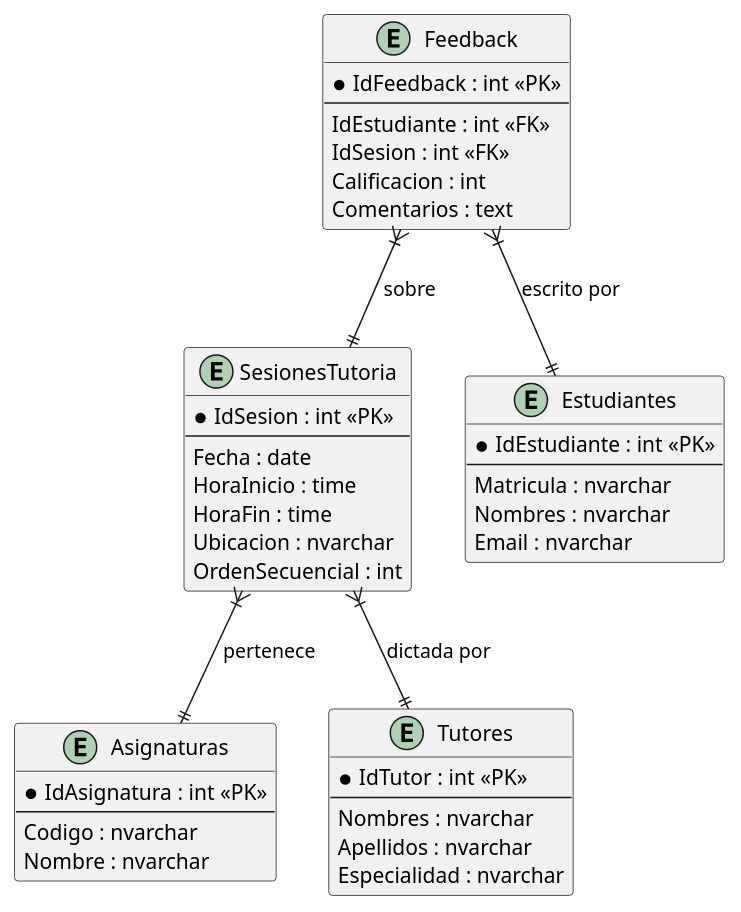
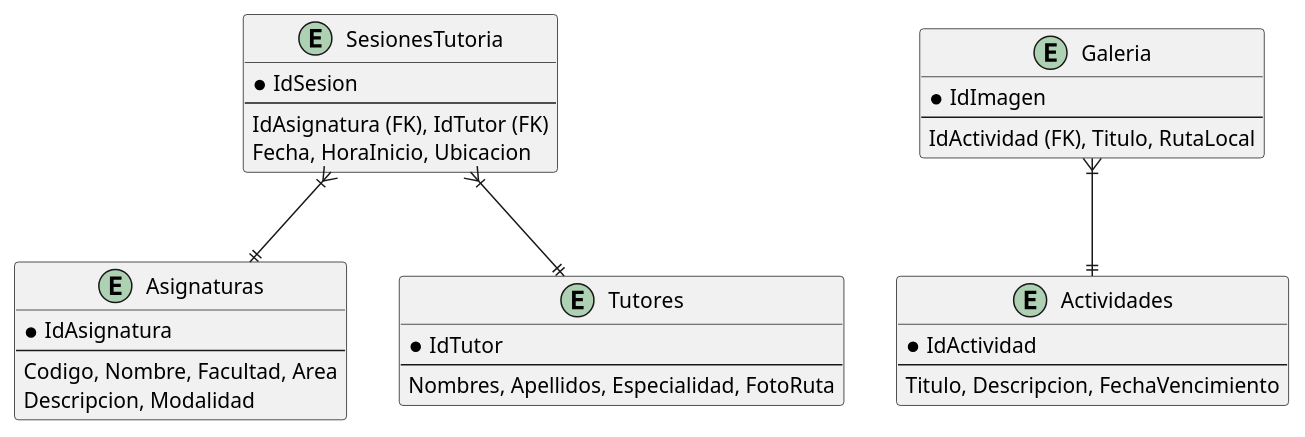
The fifth of 5 diagrams in DOCUMENTACION.md (AdrianP2001/Proyecto_POE), drawn with PlantUML before and after one commit. The commit also changed other lines of this file and 1 other file, not shown here.

Commit message:
Docs: Actualización final de README y Documentación Técnica con módulos integrados y diagramas corregidos

````diff
--- a/DOCUMENTACION.md
+++ b/DOCUMENTACION.md
@@ -121,50 +121,35 @@
 ```plantuml
 @startuml
-entity "SesionesTutoria" as sesion {
-    * IdSesion : int <<PK>>
+entity "Asignaturas" as A {
+    * IdAsignatura
     --
-    Fecha : date
-    HoraInicio : time
-    HoraFin : time
-    Ubicacion : nvarchar
-    OrdenSecuencial : int
+    Codigo, Nombre, Facultad, Area
+    Descripcion, Modalidad
+}
+entity "Tutores" as T {
+    * IdTutor
+    --
+    Nombres, Apellidos, Especialidad, FotoRuta
+}
+entity "SesionesTutoria" as S {
+    * IdSesion
+    --
+    IdAsignatura (FK), IdTutor (FK)
+    Fecha, HoraInicio, Ubicacion
+}
+entity "Actividades" as ACT {
+    * IdActividad
+    --
+    Titulo, Descripcion, FechaVencimiento
+}
+entity "Galeria" as G {
+    * IdImagen
+    --
+    IdActividad (FK), Titulo, RutaLocal
 }
 
-entity "Asignaturas" as asignatura {
-    * IdAsignatura : int <<PK>>
-    --
-    Codigo : nvarchar
-    Nombre : nvarchar
-}
-
-entity "Tutores" as tutor {
-    * IdTutor : int <<PK>>
-    --
-    Nombres : nvarchar
-    Apellidos : nvarchar
-    Especialidad : nvarchar
-}
-
-entity "Estudiantes" as estudiante {
-    * IdEstudiante : int <<PK>>
-    --
-    Matricula : nvarchar
-    Nombres : nvarchar
-    Email : nvarchar
-}
-
-entity "Feedback" as fb {
-    * IdFeedback : int <<PK>>
-    --
-    IdEstudiante : int <<FK>>
-    IdSesion : int <<FK>>
-    Calificacion : int
-    Comentarios : text
-}
-
-sesion }|--|| asignatura : pertenece
-sesion }|--|| tutor : dictada por
-fb }|--|| estudiante : escrito por
-fb }|--|| sesion : sobre
+S }|--|| A
+S }|--|| T
+G }|--|| ACT
 @endum
 ```
````
